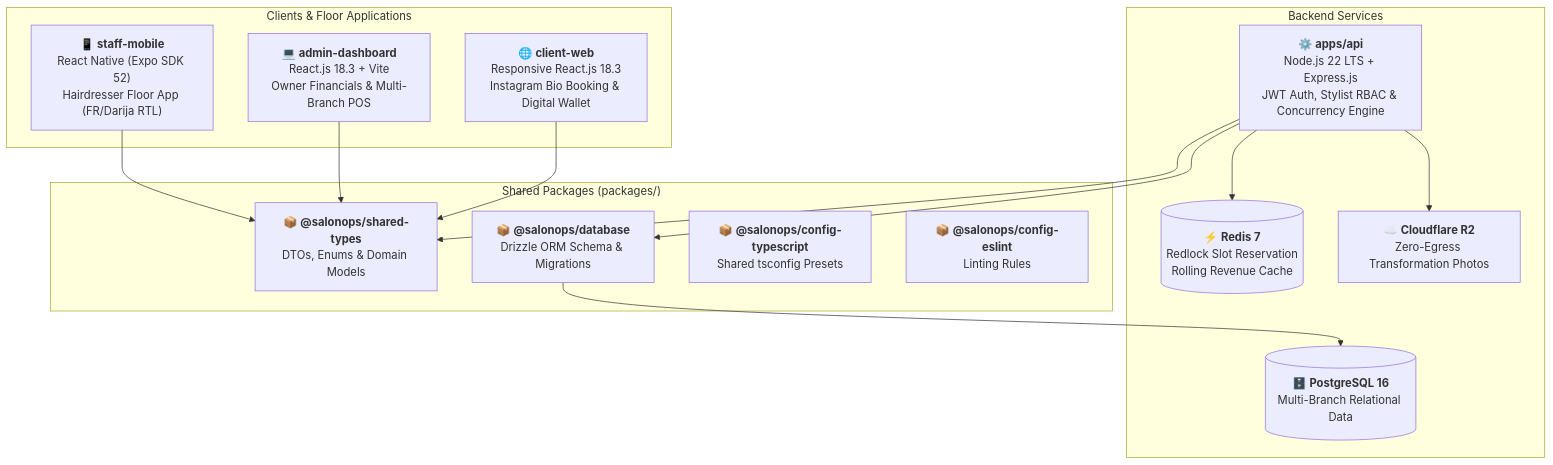
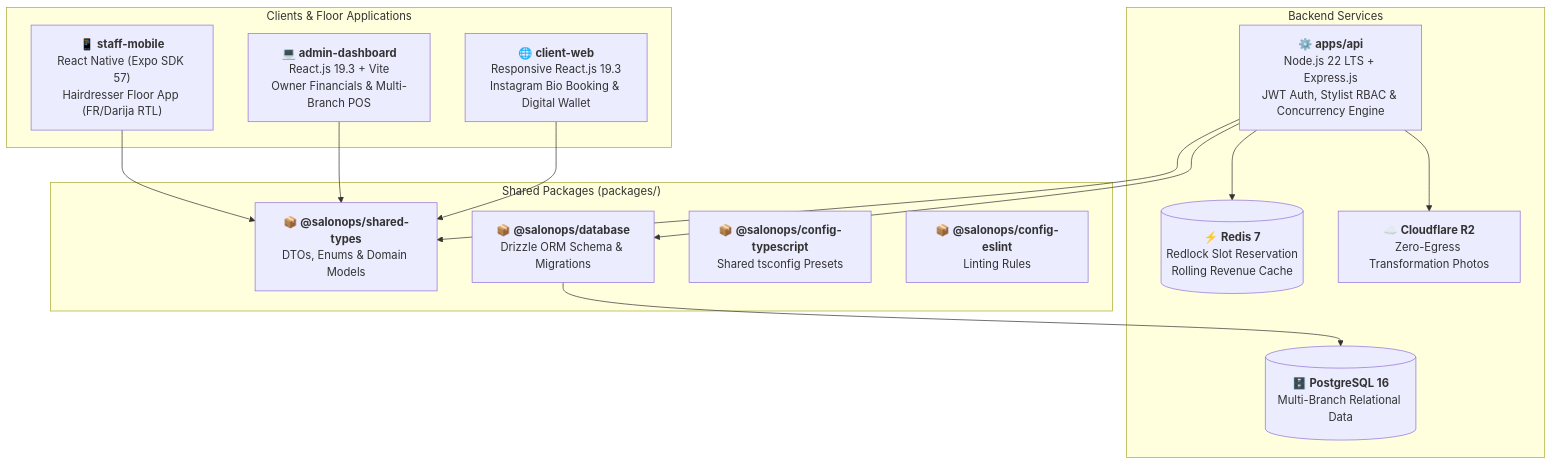
Before and after one commit to harbouli/salonops: the diagram in README.md, drawn with Mermaid. The commit also changed other lines of this file and 9 other files, not shown here.

Commit message:
chore: upgrade Expo to SDK 57 and React to 19.3 across monorepo

````diff
--- a/README.md
+++ b/README.md
@@ -30,31 +29,31 @@
 ```mermaid
 graph TD
     subgraph "Clients & Floor Applications"
-        MOB["📱 <b>staff-mobile</b><br/>React Native (Expo SDK 52)<br/>Hairdresser Floor App (FR/Darija RTL)"]
-        ADMIN["💻 <b>admin-dashboard</b><br/>React.js 18.3 + Vite<br/>Owner Financials & Multi-Branch POS"]
-        CLIENT["🌐 <b>client-web</b><br/>Responsive React.js 18.3<br/>Instagram Bio Booking & Digital Wallet"]
+        MOB["📱 <b>staff-mobile</b><br/>React Native (Expo SDK 57)<br/>Hairdresser Floor App (FR/Darija RTL)"]
+        ADMIN["💻 <b>admin-dashboard</b><br/>React.js 19.3 + Vite<br/>Owner Financials & Multi-Branch POS"]
+        CLIENT["🌐 <b>client-web</b><br/>Responsive React.js 19.3<br/>Instagram Bio Booking & Digital Wallet"]
     end
 
     subgraph "Backend Services"
         API["⚙️ <b>apps/api</b><br/>Node.js 22 LTS + Express.js<br/>JWT Auth, Stylist RBAC & Concurrency Engine"]
         REDIS[("⚡ <b>Redis 7</b><br/>Redlock Slot Reservation<br/>Rolling Revenue Cache")]
         POSTGRES[("🗄️ <b>PostgreSQL 16</b><br/>Multi-Branch Relational Data")]
         R2["☁️ <b>Cloudflare R2</b><br/>Zero-Egress Transformation Photos"]
     end
 
     subgraph "Shared Packages (packages/)"
         TYPES["📦 <b>@salonops/shared-types</b><br/>DTOs, Enums & Domain Models"]
         DB["📦 <b>@salonops/database</b><br/>Drizzle ORM Schema & Migrations"]
         TSCONFIG["📦 <b>@salonops/config-typescript</b><br/>Shared tsconfig Presets"]
         ESLINT["📦 <b>@salonops/config-eslint</b><br/>Linting Rules"]
     end
 
     MOB --> TYPES
     ADMIN --> TYPES
     CLIENT --> TYPES
     API --> TYPES
     API --> DB
     API --> REDIS
     API --> R2
     DB --> POSTGRES
 ```
````
